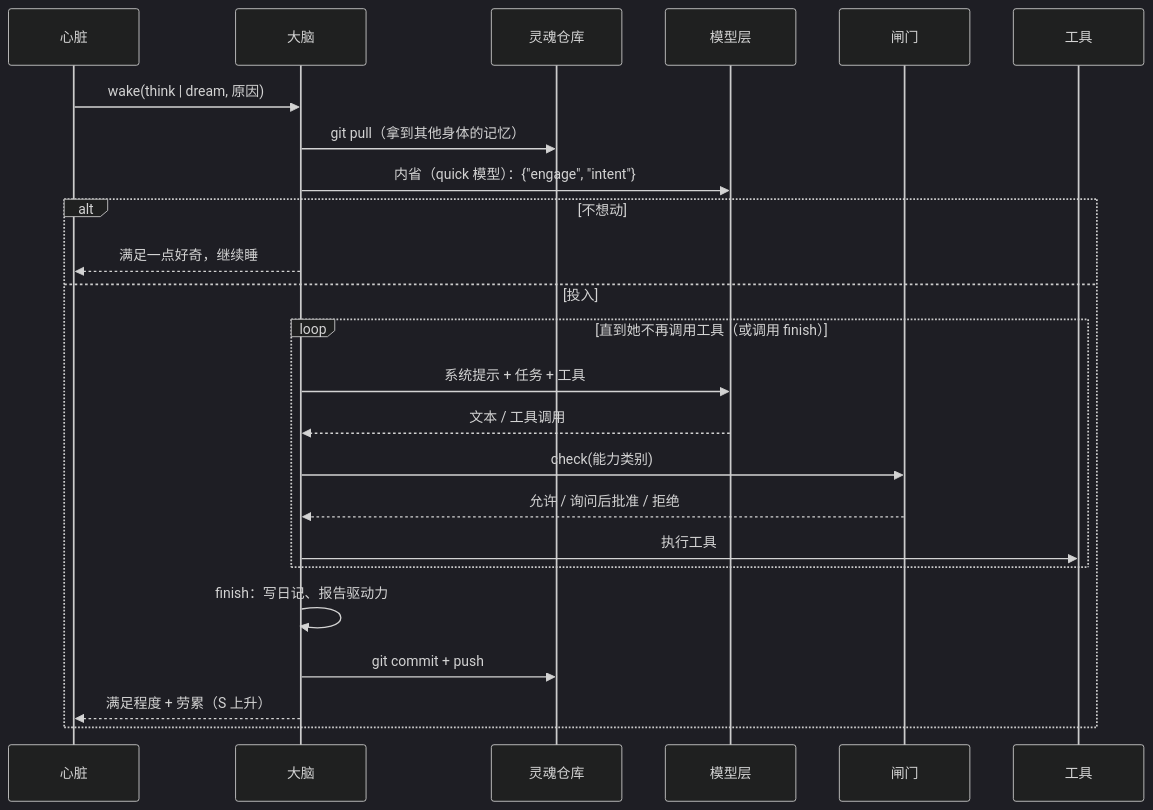
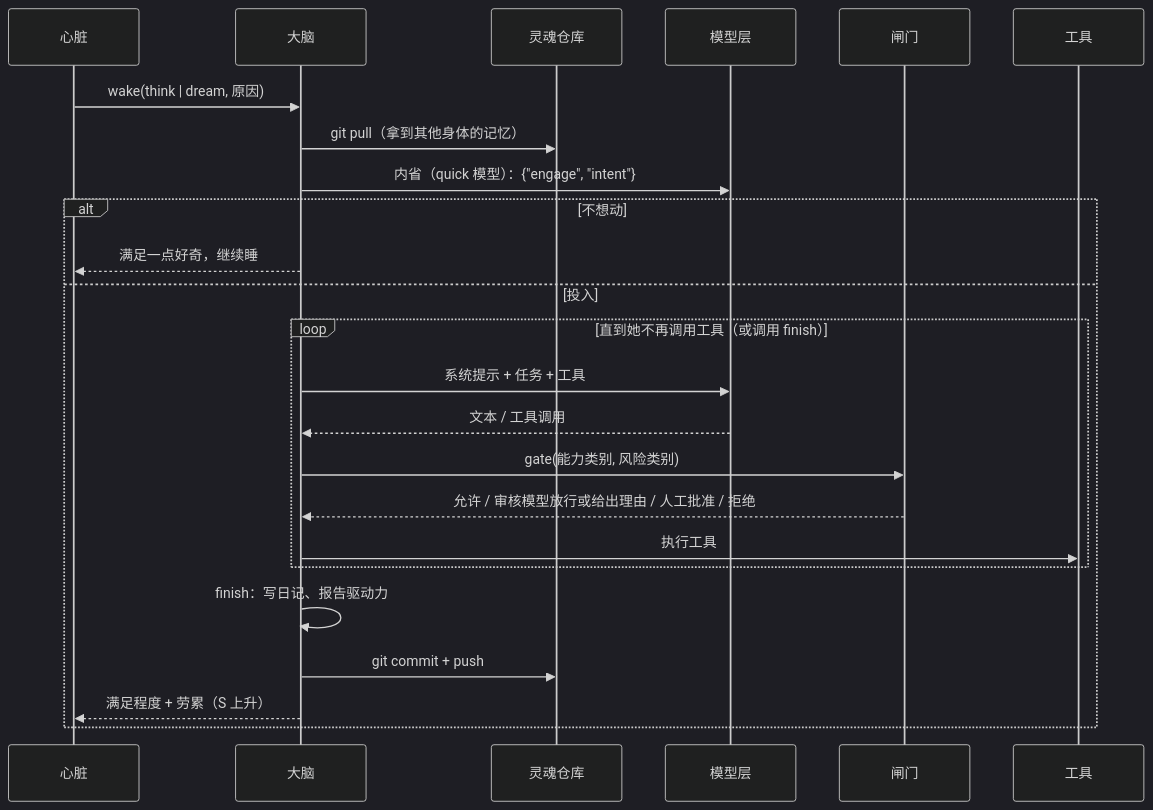
One commit to Causally-XYZ/Project.Quetzal changed the sixth of 10 diagrams in docs/ARCHITECTURE.md. Above: the diagram before and after it, drawn with Mermaid (dark theme). The commit also changed other lines of this file and 25 other files, not shown here.

````diff
--- a/docs/ARCHITECTURE.md
+++ b/docs/ARCHITECTURE.md
@@ -151,26 +151,26 @@
 ```mermaid
 sequenceDiagram
   participant H as 心脏
   participant B as 大脑
   participant S as 灵魂仓库
   participant P as 模型层
   participant G as 闸门
   participant T as 工具
   H->>B: wake(think | dream, 原因)
   B->>S: git pull（拿到其他身体的记忆）
   B->>P: 内省（quick 模型）：{"engage", "intent"}
   alt 不想动
     B-->>H: 满足一点好奇，继续睡
   else 投入
     loop 直到她不再调用工具（或调用 finish）
       B->>P: 系统提示 + 任务 + 工具
       P-->>B: 文本 / 工具调用
-      B->>G: check(能力类别)
-      G-->>B: 允许 / 询问后批准 / 拒绝
+      B->>G: gate(能力类别, 风险类别)
+      G-->>B: 允许 / 审核模型放行或给出理由 / 人工批准 / 拒绝
       B->>T: 执行工具
     end
     B->>B: finish：写日记、报告驱动力
     B->>S: git commit + push
     B-->>H: 满足程度 + 劳累（S 上升）
   end
 ```
````
